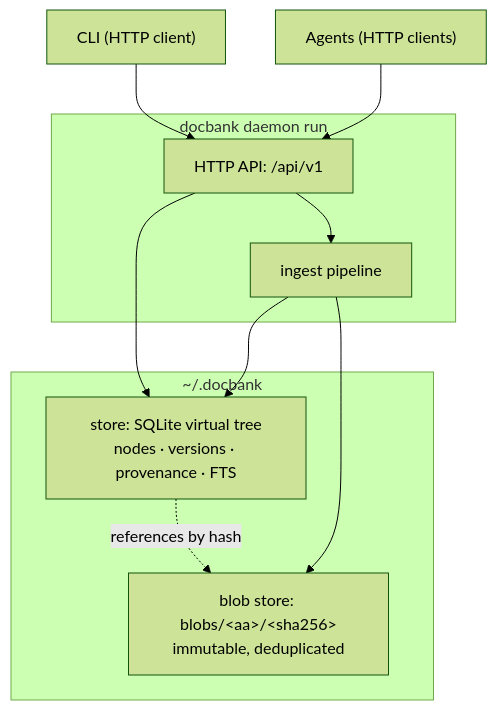
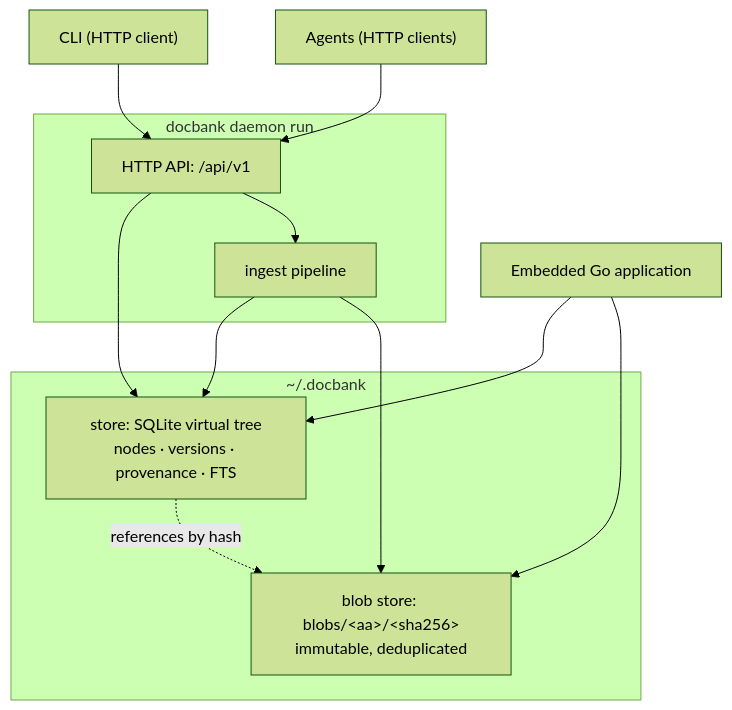
One commit to kenn-io/docbank changed the diagram in docs/architecture/overview.md. Above: the diagram before and after it, drawn with Mermaid (forest theme). The commit also changed other lines of this file and 25 other files, not shown here.

````diff
--- a/docs/architecture/overview.md
+++ b/docs/architecture/overview.md
@@ -15,20 +16,23 @@
 ```mermaid
 flowchart TD
     CLI["CLI (HTTP client)"]
     AGENTS["Agents (HTTP clients)"]
+    EMBEDDED["Embedded Go application"]
     subgraph daemon ["docbank daemon run"]
         API["HTTP API: /api/v1"]
         INGEST["ingest pipeline"]
     end
     subgraph vault ["~/.docbank"]
-        STORE["store: SQLite virtual tree<br/>nodes · versions · provenance · FTS"]
+    STORE["store: SQLite virtual tree<br/>nodes · versions · provenance · FTS"]
         BLOBS["blob store: blobs/&lt;aa&gt;/&lt;sha256&gt;<br/>immutable, deduplicated"]
     end
     CLI --> API
     AGENTS --> API
     API --> STORE
     API --> INGEST
     INGEST --> STORE
     INGEST --> BLOBS
+    EMBEDDED --> STORE
+    EMBEDDED --> BLOBS
     STORE -. "references by hash" .-> BLOBS
 ```
````
